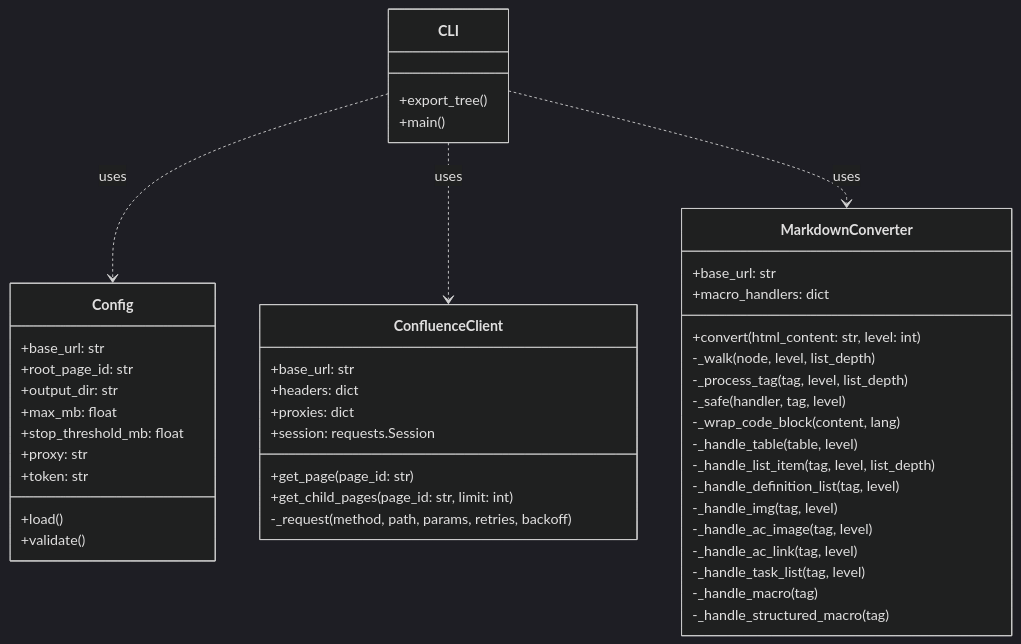
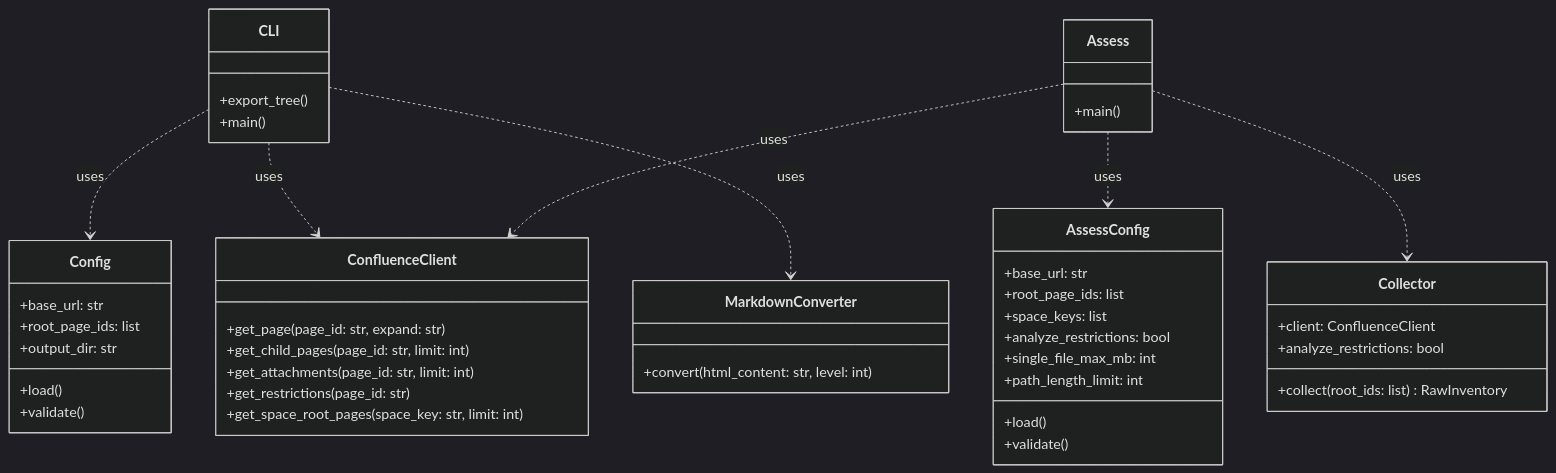
One commit to masanori-satake/C2M-Export changed the second of 4 diagrams in README_DEV.md. Above: the diagram before and after it, drawn with Mermaid (dark theme). The commit also changed other lines of this file and 41 other files, not shown here.

````diff
--- a/README_DEV.md
+++ b/README_DEV.md
@@ -42,52 +82,56 @@
 ```mermaid
 classDiagram
     class Config {
         +base_url: str
-        +root_page_id: str
+        +root_page_ids: list
         +output_dir: str
-        +max_mb: float
-        +stop_threshold_mb: float
-        +proxy: str
-        +token: str
+        +load()
+        +validate()
+    }
+
+    class AssessConfig {
+        +base_url: str
+        +root_page_ids: list
+        +space_keys: list
+        +analyze_restrictions: bool
+        +single_file_max_mb: int
+        +path_length_limit: int
         +load()
         +validate()
     }
 
     class ConfluenceClient {
-        +base_url: str
-        +headers: dict
-        +proxies: dict
-        +session: requests.Session
-        +get_page(page_id: str)
+        +get_page(page_id: str, expand: str)
         +get_child_pages(page_id: str, limit: int)
-        -_request(method, path, params, retries, backoff)
+        +get_attachments(page_id: str, limit: int)
+        +get_restrictions(page_id: str)
+        +get_space_root_pages(space_key: str, limit: int)
+    }
+
+    class Collector {
+        +client: ConfluenceClient
+        +analyze_restrictions: bool
+        +collect(root_ids: list) RawInventory
     }
 
     class MarkdownConverter {
-        +base_url: str
-        +macro_handlers: dict
         +convert(html_content: str, level: int)
-        -_walk(node, level, list_depth)
-        -_process_tag(tag, level, list_depth)
-        -_safe(handler, tag, level)
-        -_wrap_code_block(content, lang)
-        -_handle_table(table, level)
-        -_handle_list_item(tag, level, list_depth)
-        -_handle_definition_list(tag, level)
-        -_handle_img(tag, level)
-        -_handle_ac_image(tag, level)
-        -_handle_ac_link(tag, level)
-        -_handle_task_list(tag, level)
-        -_handle_macro(tag)
-        -_handle_structured_macro(tag)
     }
 
     class CLI {
         +export_tree()
         +main()
     }
 
+    class Assess {
+        +main()
+    }
+
     CLI ..> Config : uses
     CLI ..> ConfluenceClient : uses
     CLI ..> MarkdownConverter : uses
+
+    Assess ..> AssessConfig : uses
+    Assess ..> ConfluenceClient : uses
+    Assess ..> Collector : uses
 ```
````
